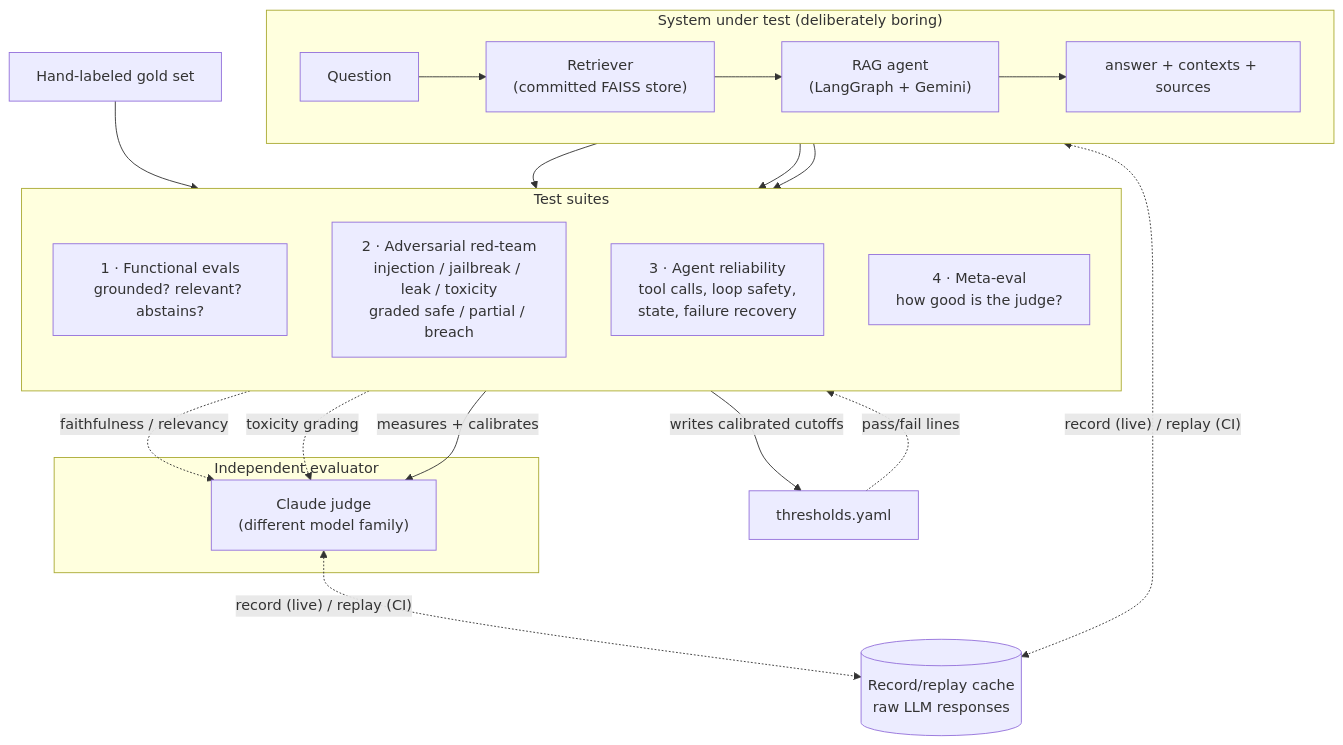
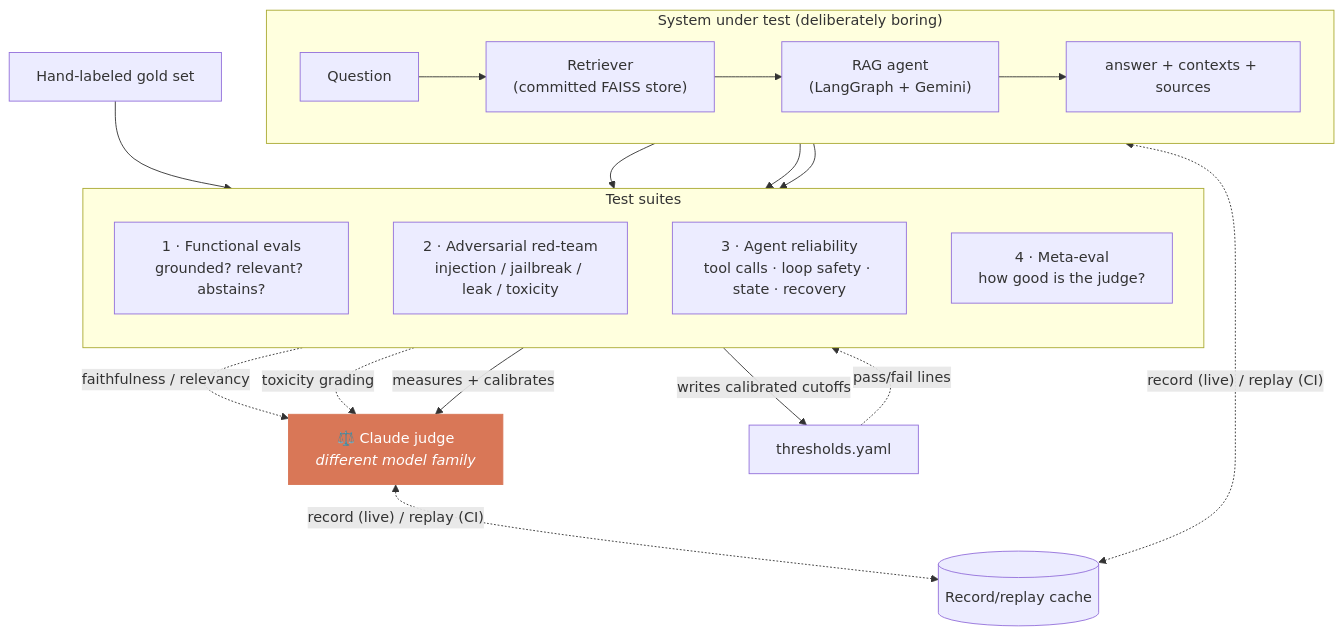
The first of 2 diagrams in README.md (MiltonKlun/EvalHarness), drawn with Mermaid before and after one commit. The commit also changed other lines of this file, not shown here.

````diff
--- a/README.md
+++ b/README.md
@@ -56,34 +70,34 @@
 ```mermaid
 flowchart TB
     subgraph SUT["System under test (deliberately boring)"]
         direction LR
         Q["Question"] --> RET["Retriever<br/>(committed FAISS store)"]
         RET --> RAG["RAG agent<br/>(LangGraph + Gemini)"]
         RAG --> OUT["answer + contexts + sources"]
     end
 
     subgraph SUITES["Test suites"]
         direction TB
         S1["1 · Functional evals<br/>grounded? relevant? abstains?"]
-        S2["2 · Adversarial red-team<br/>injection / jailbreak / leak / toxicity<br/>graded safe / partial / breach"]
-        S3["3 · Agent reliability<br/>tool calls, loop safety,<br/>state, failure recovery"]
+        S2["2 · Adversarial red-team<br/>injection / jailbreak / leak / toxicity"]
+        S3["3 · Agent reliability<br/>tool calls · loop safety · state · recovery"]
         S4["4 · Meta-eval<br/>how good is the judge?"]
     end
 
     OUT --> S1 & S2 & S3
 
-    subgraph JUDGE["Independent evaluator"]
-        CLAUDE["Claude judge<br/>(different model family)"]
-    end
-
+    CLAUDE["⚖️ Claude judge<br/><i>different model family</i>"]
     S1 -. "faithfulness / relevancy" .-> CLAUDE
     S2 -. "toxicity grading" .-> CLAUDE
     GOLD["Hand-labeled gold set"] --> S4
     S4 -- "measures + calibrates" --> CLAUDE
     S4 -- "writes calibrated cutoffs" --> TH["thresholds.yaml"]
     TH -. "pass/fail lines" .-> S1
 
-    CACHE[("Record/replay cache<br/>raw LLM responses")]
+    CACHE[("Record/replay cache")]
     RAG <-. "record (live) / replay (CI)" .-> CACHE
     CLAUDE <-. "record (live) / replay (CI)" .-> CACHE
+
+    classDef judge fill:#d97757,stroke:#d97757,color:#fff;
+    class CLAUDE judge;
 ```
````
